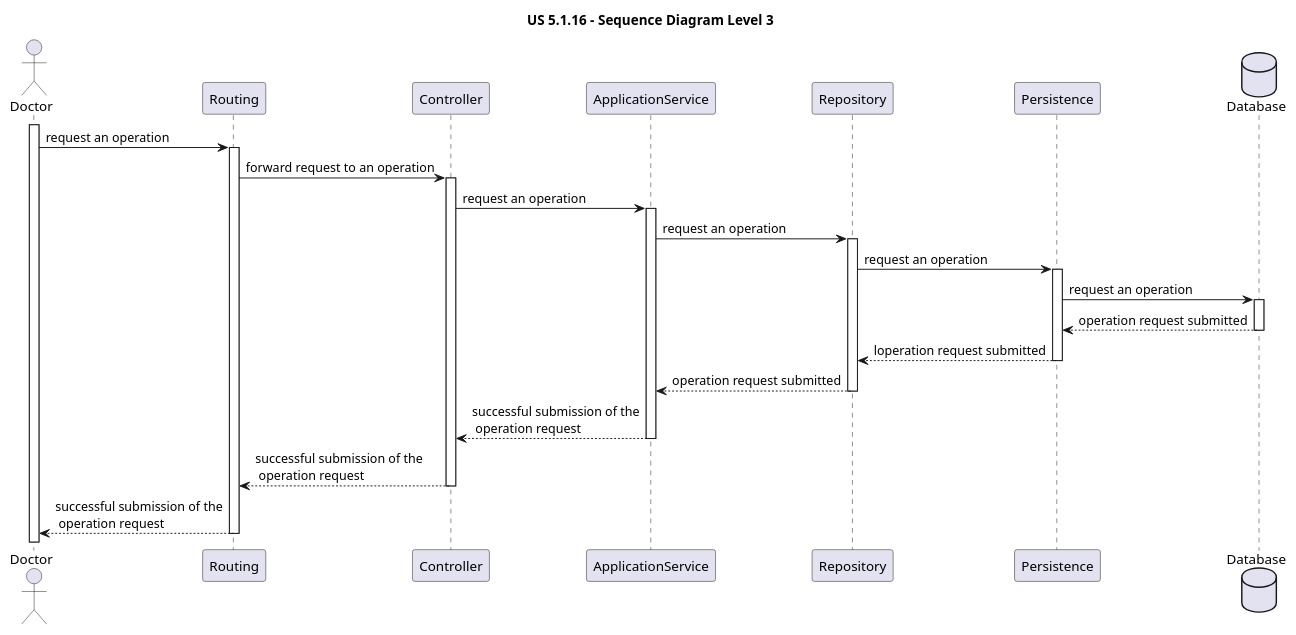
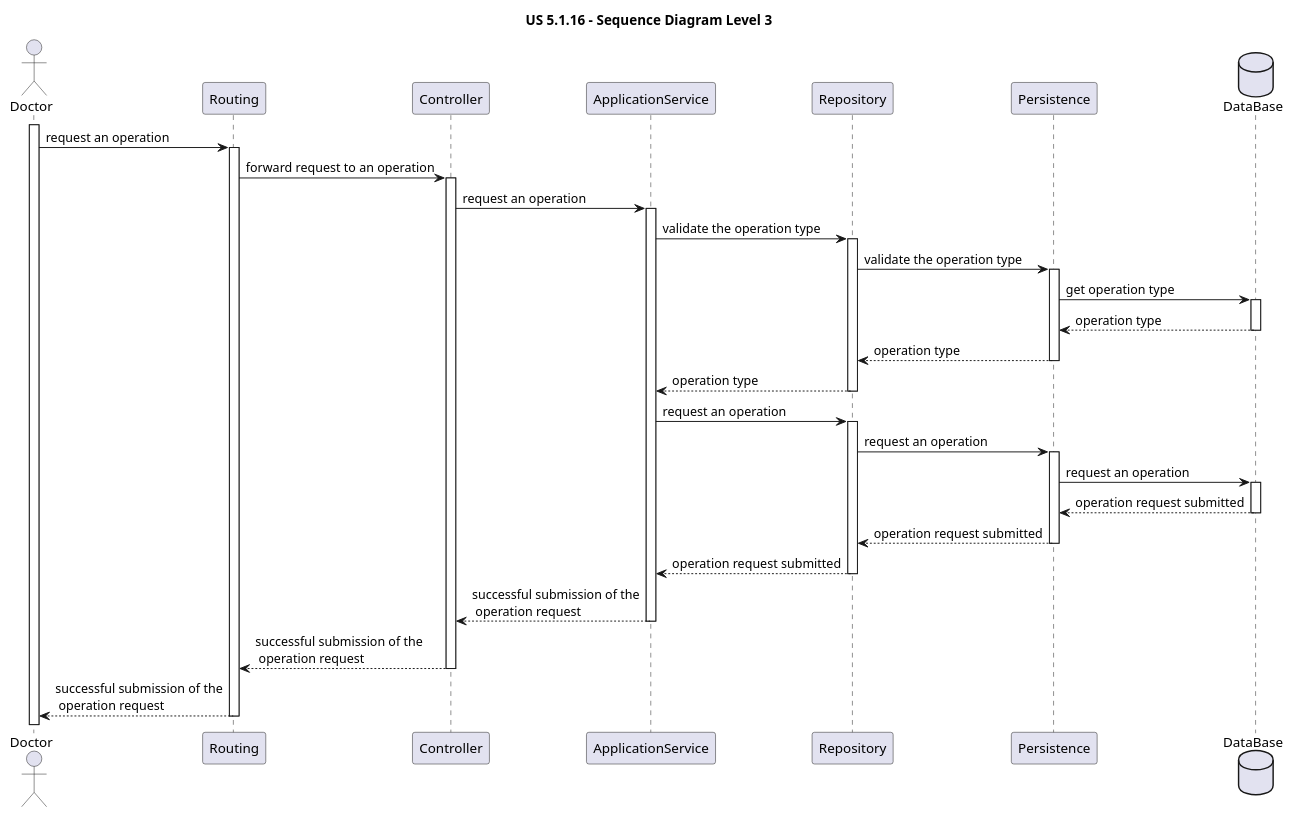
Before and after one commit to MateusCabral2004/sem5pi: the diagram in docs/Sprint 1/US 5.1.16/SequenceDiagrams/Level3/SD_Level3.puml, drawn with PlantUML. The commit also changed 1 other file, not shown here.

Commit message:
#16 sequence diagram level 2 and 3

```diff
--- a/docs/Sprint 1/US 5.1.16/SequenceDiagrams/Level3/SD_Level3.puml
+++ b/docs/Sprint 1/US 5.1.16/SequenceDiagrams/Level3/SD_Level3.puml
@@ -1,50 +1,68 @@
 @startuml
 'https://plantuml.com/sequence-diagram
 
 title US 5.1.16 - Sequence Diagram Level 3
 
 actor Doctor
 participant Routing
 participant Controller
 participant ApplicationService
 participant Repository
 participant Persistence
-database Database
+database DataBase
 
 activate Doctor
 Doctor -> Routing : request an operation
 activate Routing
 
 Routing -> Controller : forward request to an operation
 activate Controller
 
 Controller -> ApplicationService : request an operation
 activate ApplicationService
 
+ApplicationService -> Repository : validate the operation type
+activate Repository
+
+Repository -> Persistence:validate the operation type
+activate Persistence
+
+Persistence -> DataBase:get operation type
+activate DataBase
+
+DataBase -->Persistence:operation type
+deactivate DataBase
+
+Persistence --> Repository:operation type
+deactivate Persistence
+
+Repository --> ApplicationService:operation type
+deactivate Repository
+
 ApplicationService -> Repository : request an operation
 activate Repository
 
 Repository -> Persistence : request an operation
 activate Persistence
 
-Persistence -> Database : request an operation
-activate Database
+Persistence -> DataBase : request an operation
+activate DataBase
 
-Database --> Persistence :operation request submitted
-deactivate Database
+DataBase --> Persistence :operation request submitted
+deactivate DataBase
 
-Persistence --> Repository : loperation request submitted
+Persistence --> Repository : operation request submitted
 deactivate Persistence
 
 Repository --> ApplicationService : operation request submitted
 deactivate Repository
 
 ApplicationService --> Controller : successful submission of the\n operation request
 deactivate ApplicationService
 
 Controller --> Routing : successful submission of the\n operation request
 deactivate Controller
 
 Routing --> Doctor : successful submission of the\n operation request
 deactivate Routing
 @enduml
```
